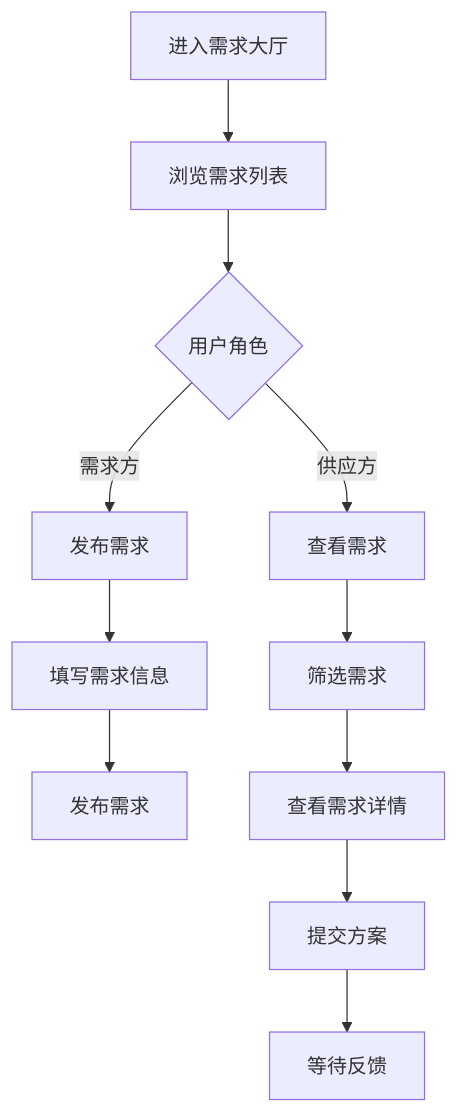
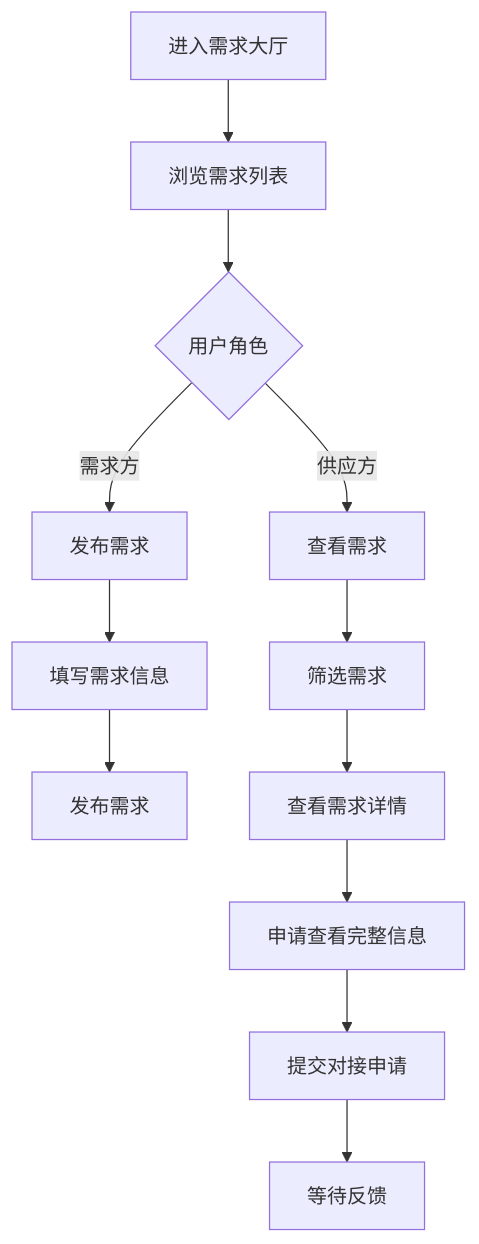
The diagram in docs/产业管理/需求大厅.md (573746624-hash/JZT------20260310), drawn with Mermaid before and after one commit. The commit also changed other lines of this file and 88 other files, not shown here.

````diff
--- a/docs/产业管理/需求大厅.md
+++ b/docs/产业管理/需求大厅.md
@@ -30,13 +29,14 @@
 ```mermaid
 flowchart TD
     A[进入需求大厅] --> B[浏览需求列表]
     B --> C{用户角色}
     C -->|需求方| D[发布需求]
     C -->|供应方| E[查看需求]
     D --> F[填写需求信息]
     F --> G[发布需求]
     E --> H[筛选需求]
     H --> I[查看需求详情]
-    I --> J[提交方案]
-    J --> K[等待反馈]
+    I --> J[申请查看完整信息]
+    J --> K[提交对接申请]
+    K --> L[等待反馈]
 ```
````
